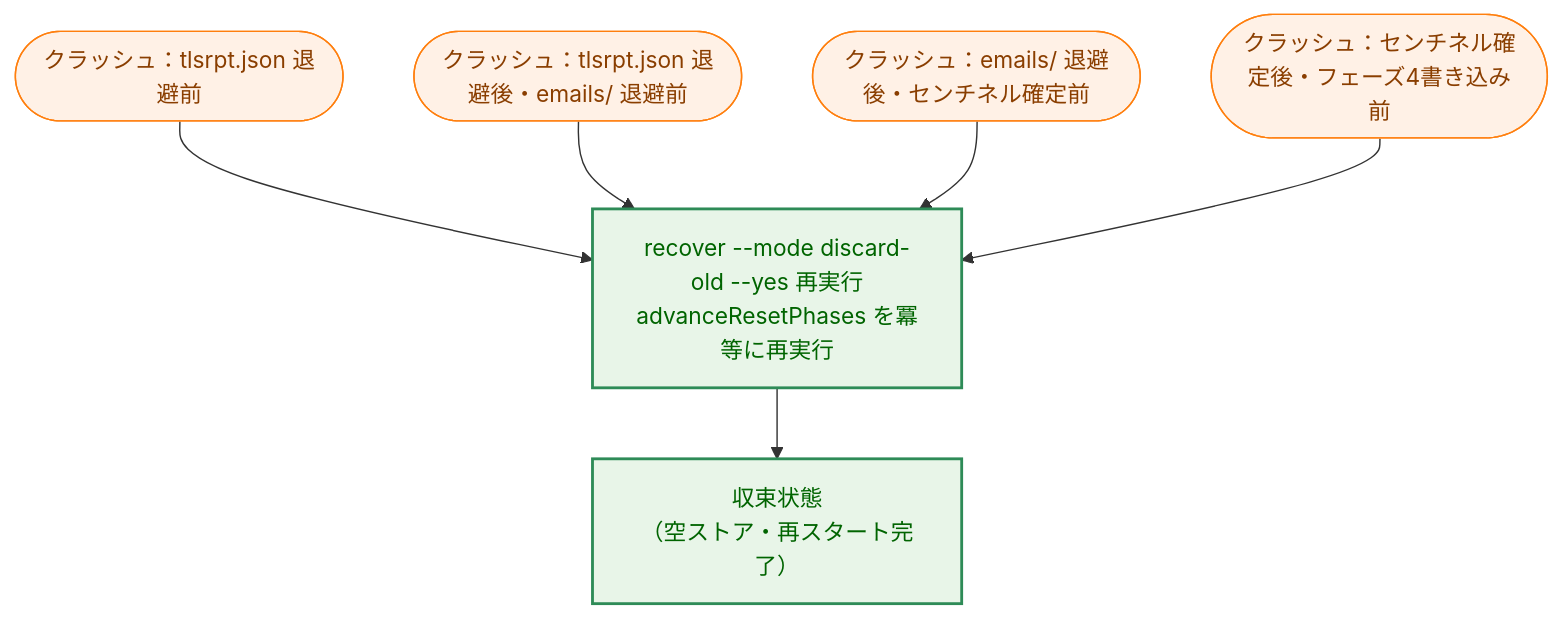
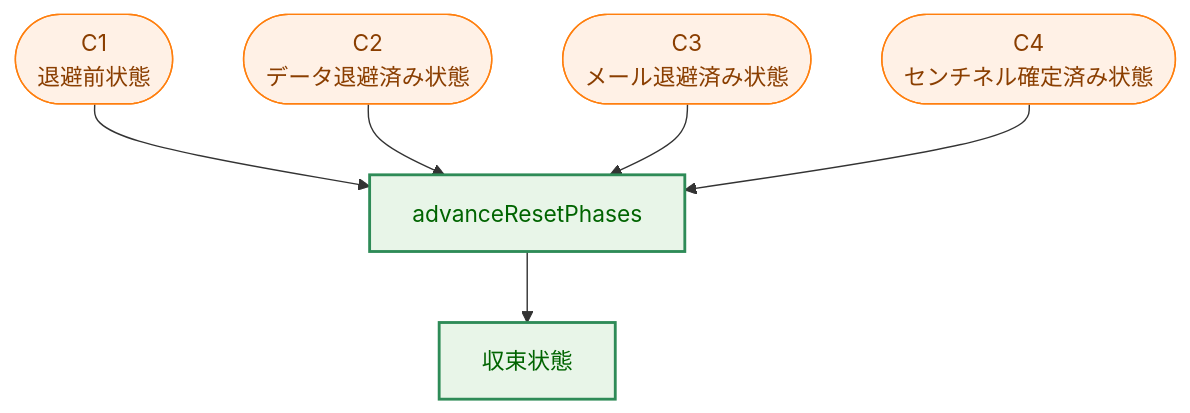
Diagram 11 of 14 in docs/tasks/0080_reset_phase_simplify/02_architecture.ja.md (isseis/tlsrpt-digest), drawn with Mermaid before and after one commit. The commit also changed other lines of this file, not shown here.

First line of the commit message:
Address architecture review findings for reset phase simplification

````diff
--- a/docs/tasks/0080_reset_phase_simplify/02_architecture.ja.md
+++ b/docs/tasks/0080_reset_phase_simplify/02_architecture.ja.md
@@ -351,22 +357,22 @@
 ```mermaid
 flowchart TD
     classDef enhanced fill:#e8f5e8,stroke:#2e8b57,stroke-width:2px,color:#006400;
     classDef process fill:#fff1e6,stroke:#ff7f0e,stroke-width:1px,color:#8a3e00;
 
-    C1(["クラッシュ：tlsrpt.json 退避前"])
-    C2(["クラッシュ：tlsrpt.json 退避後・emails/ 退避前"])
-    C3(["クラッシュ：emails/ 退避後・センチネル確定前"])
-    C4(["クラッシュ：センチネル確定後・フェーズ4書き込み前"])
+    C1(["C1<br>退避前状態"])
+    C2(["C2<br>データ退避済み状態"])
+    C3(["C3<br>メール退避済み状態"])
+    C4(["C4<br>センチネル確定済み状態"])
 
-    Converge["recover --mode discard-old --yes 再実行<br>advanceResetPhases を冪等に再実行"]
-    Goal["収束状態<br>（空ストア・再スタート完了）"]
+    Converge["advanceResetPhases"]
+    Goal["収束状態"]
 
     C1 --> Converge
     C2 --> Converge
     C3 --> Converge
     C4 --> Converge
     Converge --> Goal
 
     class Converge,Goal enhanced
     class C1,C2,C3,C4 process
 ```
````
